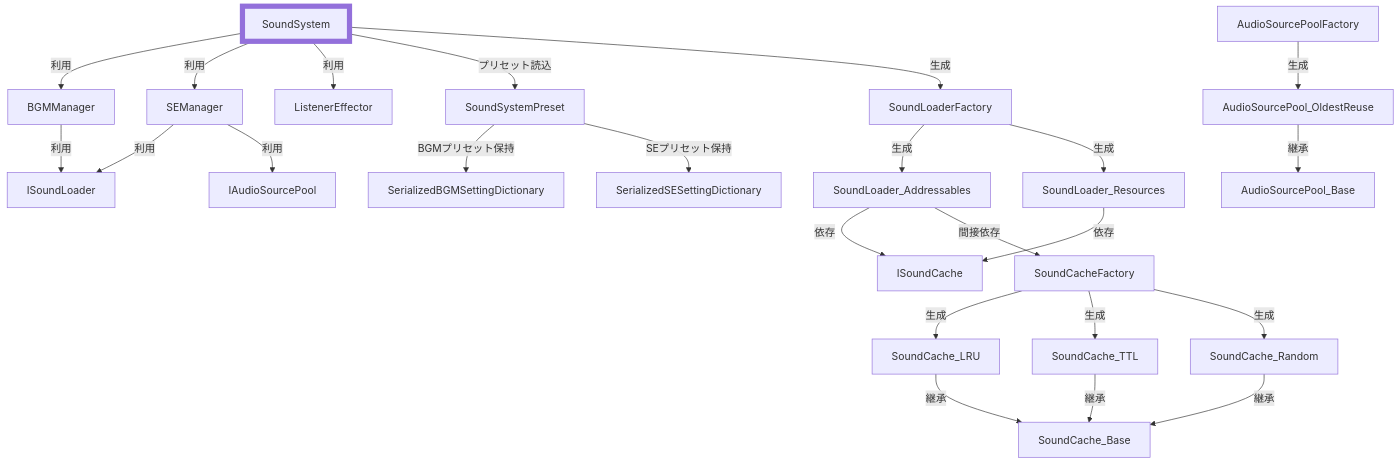
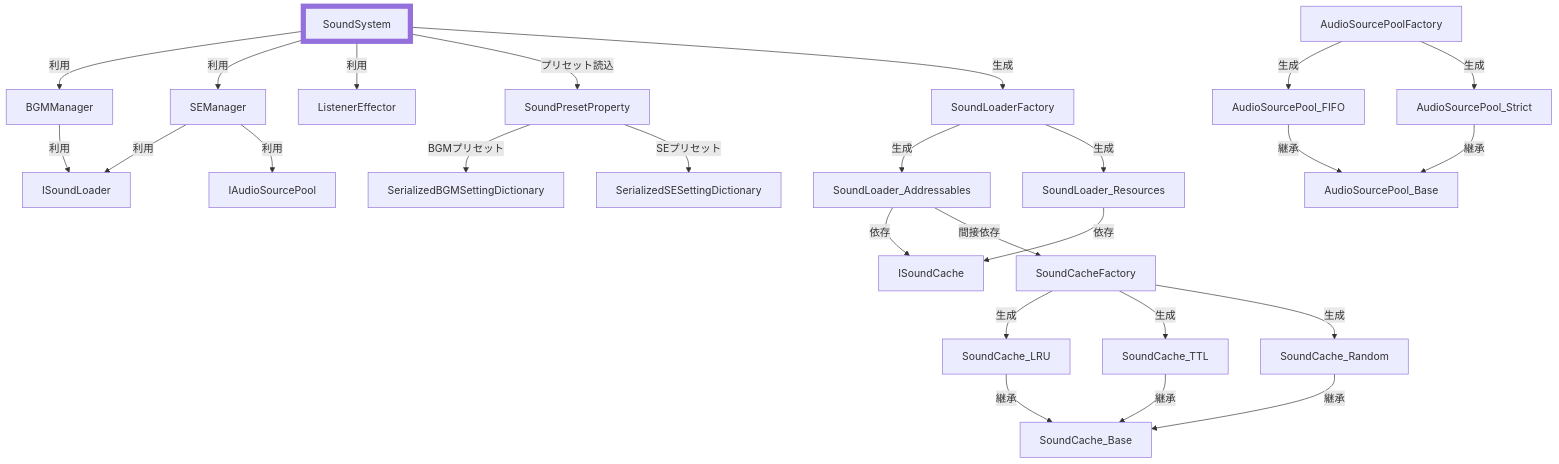
Before and after one commit to SunagimoOisii/SoundSystemPlugin_ForUnity: the diagram in README.md, drawn with Mermaid. The commit also changed other lines of this file, not shown here.

````diff
--- a/README.md
+++ b/README.md
@@ -22,61 +81,64 @@
 ```mermaid
 graph
 
-%% 外部公開API
+%% API
 classDef highlight stroke-width:8px
 SoundSystem:::highlight
-SoundSystemPreset
+SoundPresetProperty
 SerializedBGMSettingDictionary
 SerializedSESettingDictionary
 
-%% プレイヤー管理
+%% Player
 BGMManager
 SEManager
 ListenerEffector
 
-%% ローダ・キャッシュ
+%% Loader & Cache
 ISoundLoader
 SoundLoader_Addressables
 SoundLoader_Resources
 SoundLoaderFactory
 ISoundCache
 SoundCache_Base
 SoundCache_LRU
 SoundCache_TTL
 SoundCache_Random
 SoundCacheFactory
 
-%% AudioSourcePool関連
+%% Pool
 IAudioSourcePool
 AudioSourcePool_Base
-AudioSourcePool_OldestReuse
+AudioSourcePool_FIFO
+AudioSourcePool_Strict
 AudioSourcePoolFactory
 
-%% 関係定義
+%% Relations
 SoundSystem -->|利用| BGMManager
 SoundSystem -->|利用| SEManager
 SoundSystem -->|利用| ListenerEffector
-SoundSystem -->|プリセット読込| SoundSystemPreset
+SoundSystem -->|プリセット読込| SoundPresetProperty
 SoundSystem -->|生成| SoundLoaderFactory
 SoundLoaderFactory -->|生成| SoundLoader_Addressables
 SoundLoaderFactory -->|生成| SoundLoader_Resources
 SoundLoader_Addressables -->|依存| ISoundCache
 SoundLoader_Resources -->|依存| ISoundCache
 SoundLoader_Addressables -->|間接依存| SoundCacheFactory
 BGMManager -->|利用| ISoundLoader
 SEManager -->|利用| ISoundLoader
 SEManager -->|利用| IAudioSourcePool
 
 SoundCacheFactory -->|生成| SoundCache_LRU
 SoundCacheFactory -->|生成| SoundCache_TTL
 SoundCacheFactory -->|生成| SoundCache_Random
 SoundCache_LRU -->|継承| SoundCache_Base
 SoundCache_TTL -->|継承| SoundCache_Base
 SoundCache_Random -->|継承| SoundCache_Base
 
-AudioSourcePoolFactory -->|生成| AudioSourcePool_OldestReuse
-AudioSourcePool_OldestReuse -->|継承| AudioSourcePool_Base
+AudioSourcePoolFactory -->|生成| AudioSourcePool_FIFO
+AudioSourcePoolFactory -->|生成| AudioSourcePool_Strict
+AudioSourcePool_FIFO -->|継承| AudioSourcePool_Base
+AudioSourcePool_Strict -->|継承| AudioSourcePool_Base
 
-SoundSystemPreset -->|BGMプリセット保持| SerializedBGMSettingDictionary
-SoundSystemPreset -->|SEプリセット保持| SerializedSESettingDictionary
+SoundPresetProperty -->|BGMプリセット| SerializedBGMSettingDictionary
+SoundPresetProperty -->|SEプリセット| SerializedSESettingDictionary
 ```
````
